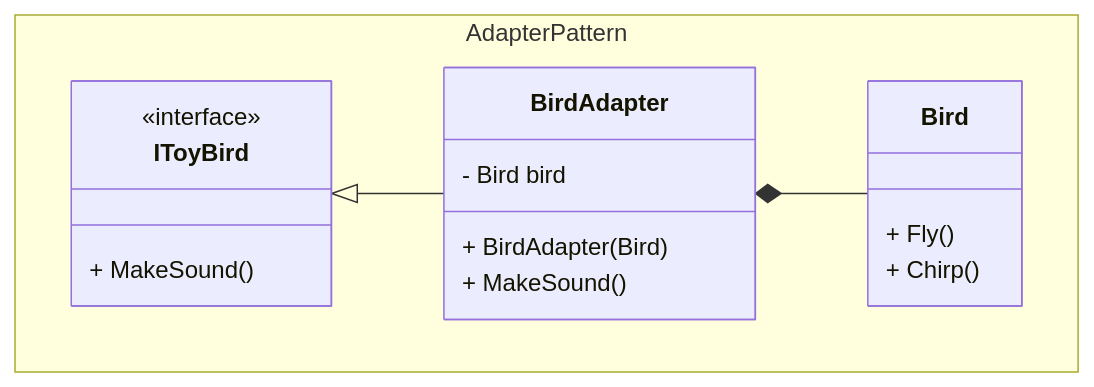
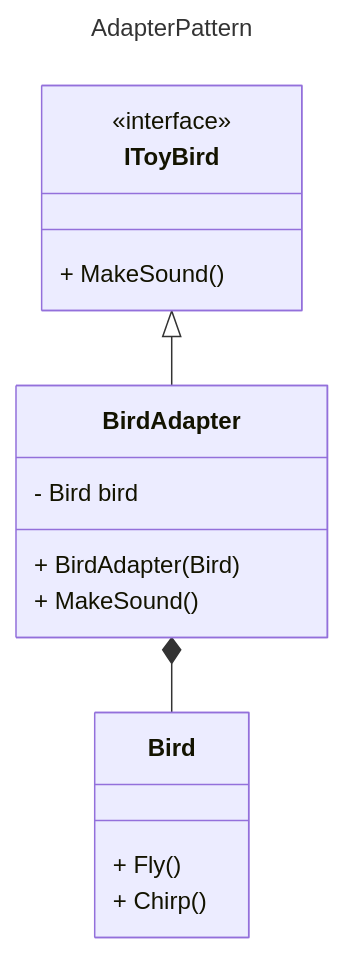
One commit to akhiltn/design-patterns-golang changed the fourth of 7 diagrams in README.md. Above: the diagram before and after it, drawn with Mermaid. The commit also changed other lines of this file and 2 other files, not shown here.

Commit message:
improvements of mermaid and decorator

````diff
--- a/README.md
+++ b/README.md
@@ -81,24 +81,25 @@
 ```mermaid
+---
+title: AdapterPattern
+---
 classDiagram
 
     IToyBird <|-- BirdAdapter
     BirdAdapter *-- Bird
 
-namespace AdapterPattern{
     class IToyBird {
         <<interface>>
         + MakeSound()
     }
 
     class Bird {
         + Fly()    
         + Chirp()
     }
 
     class BirdAdapter {
         - Bird bird
         + BirdAdapter(Bird)
         + MakeSound()
     }
-}
 ```
````
